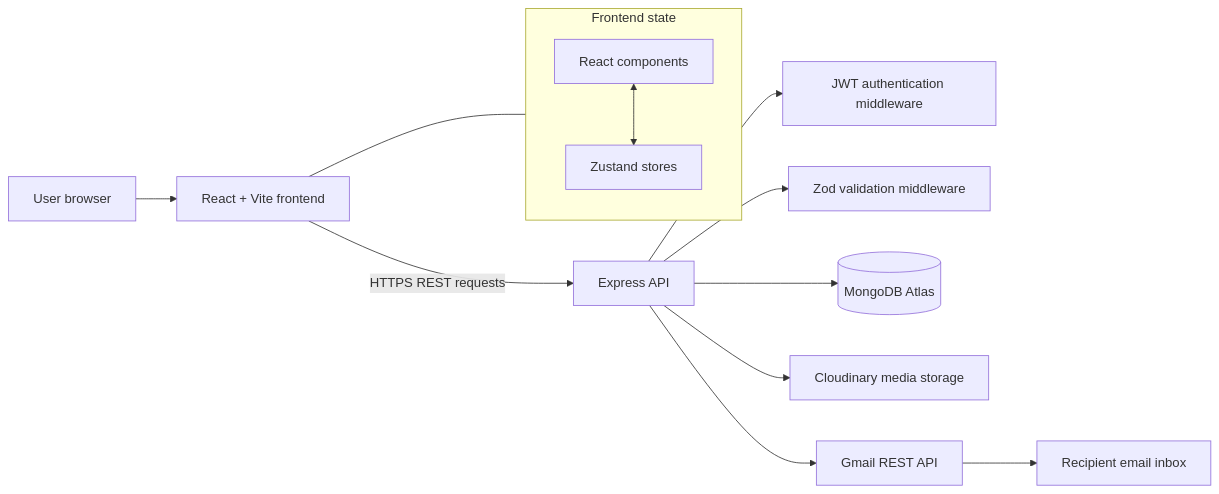
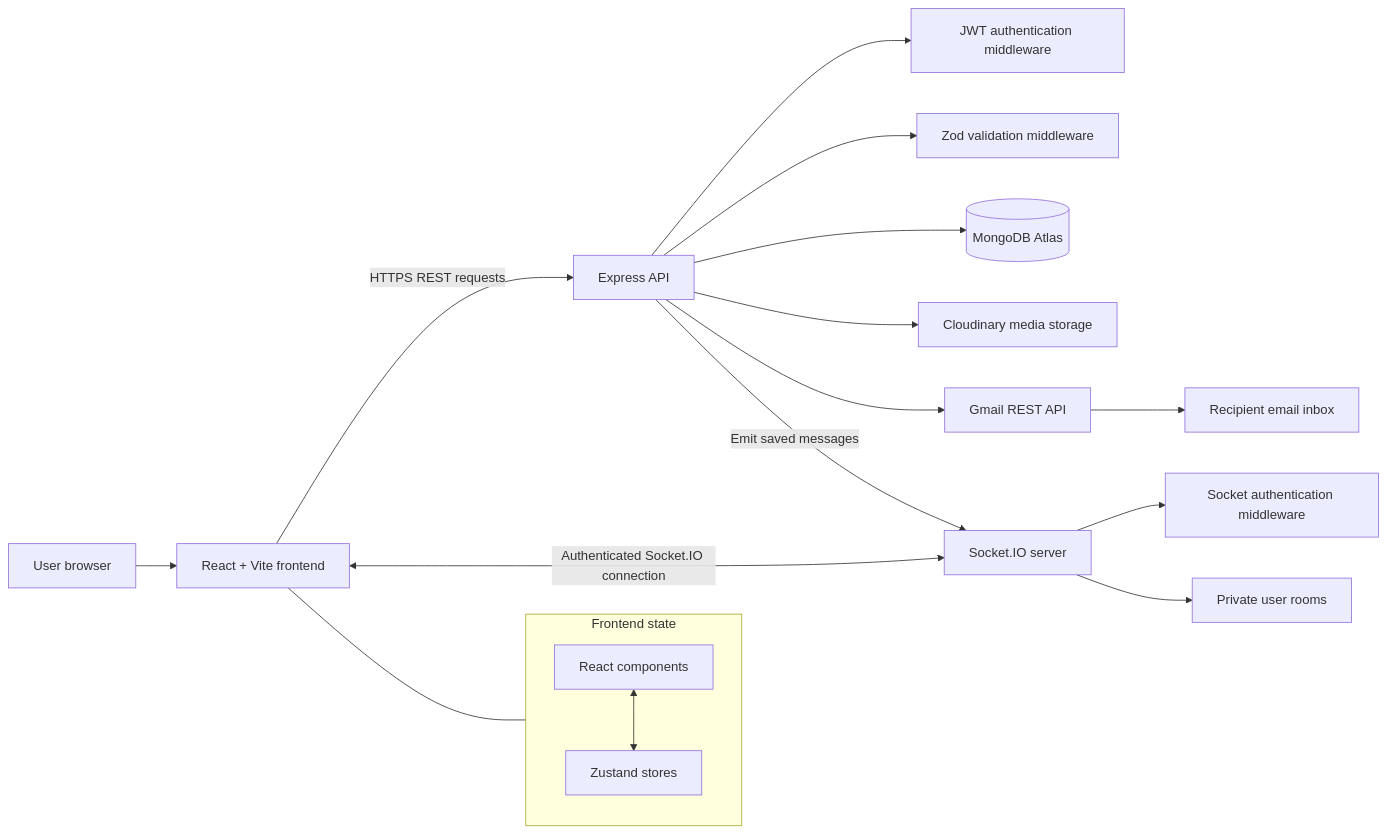
Before and after one commit to Saurav11343/click-chat: the first of 7 diagrams in README.md, drawn with Mermaid. The commit also changed other lines of this file, not shown here.

````diff
--- a/README.md
+++ b/README.md
@@ -88,19 +94,23 @@
 ```mermaid
 flowchart LR
     U["User browser"] --> F["React + Vite frontend"]
     F -->|"HTTPS REST requests"| B["Express API"]
+    F <-->|"Authenticated Socket.IO connection"| S["Socket.IO server"]
     B --> A["JWT authentication middleware"]
     B --> V["Zod validation middleware"]
     B --> DB[("MongoDB Atlas")]
     B --> C["Cloudinary media storage"]
     B --> G["Gmail REST API"]
+    S --> SA["Socket authentication middleware"]
+    S --> UR["Private user rooms"]
+    B -->|"Emit saved messages"| S
     G --> R["Recipient email inbox"]
 
     subgraph FS["Frontend state"]
         Z["Zustand stores"]
         UI["React components"]
         UI <--> Z
     end
 
     F --- FS
 ```
````
